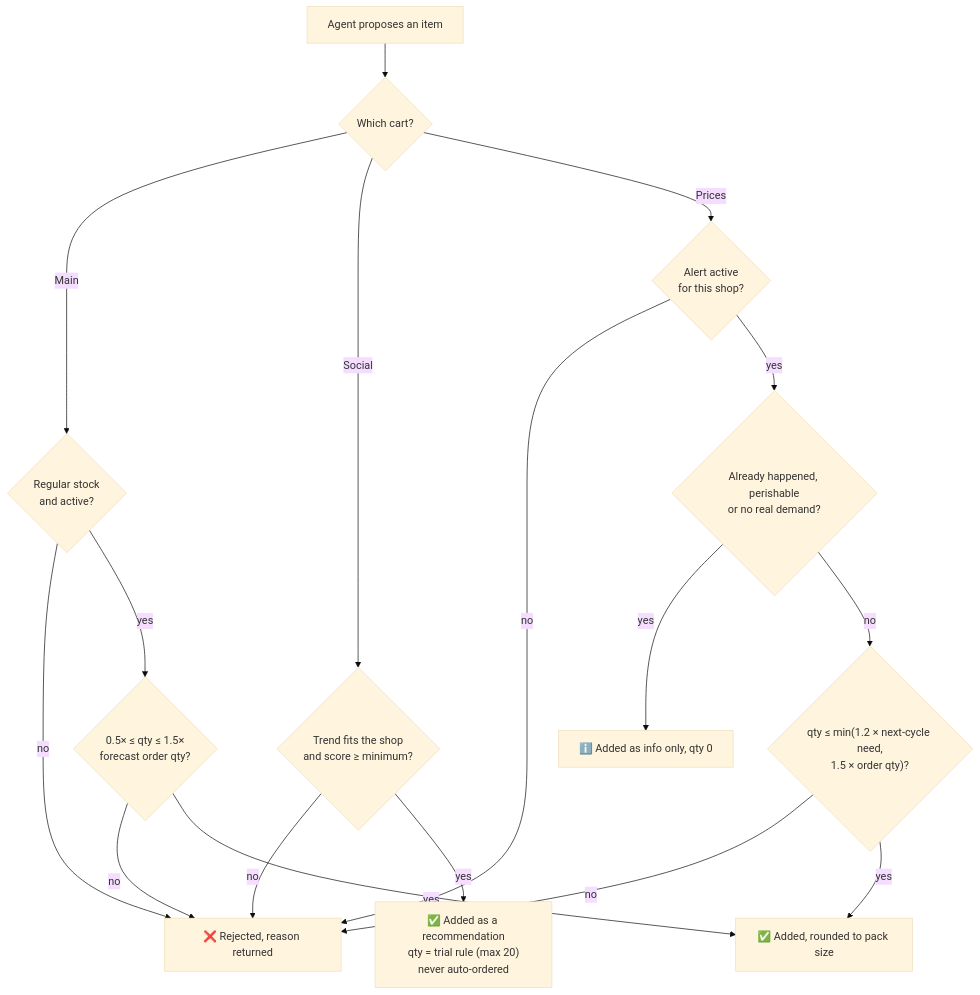
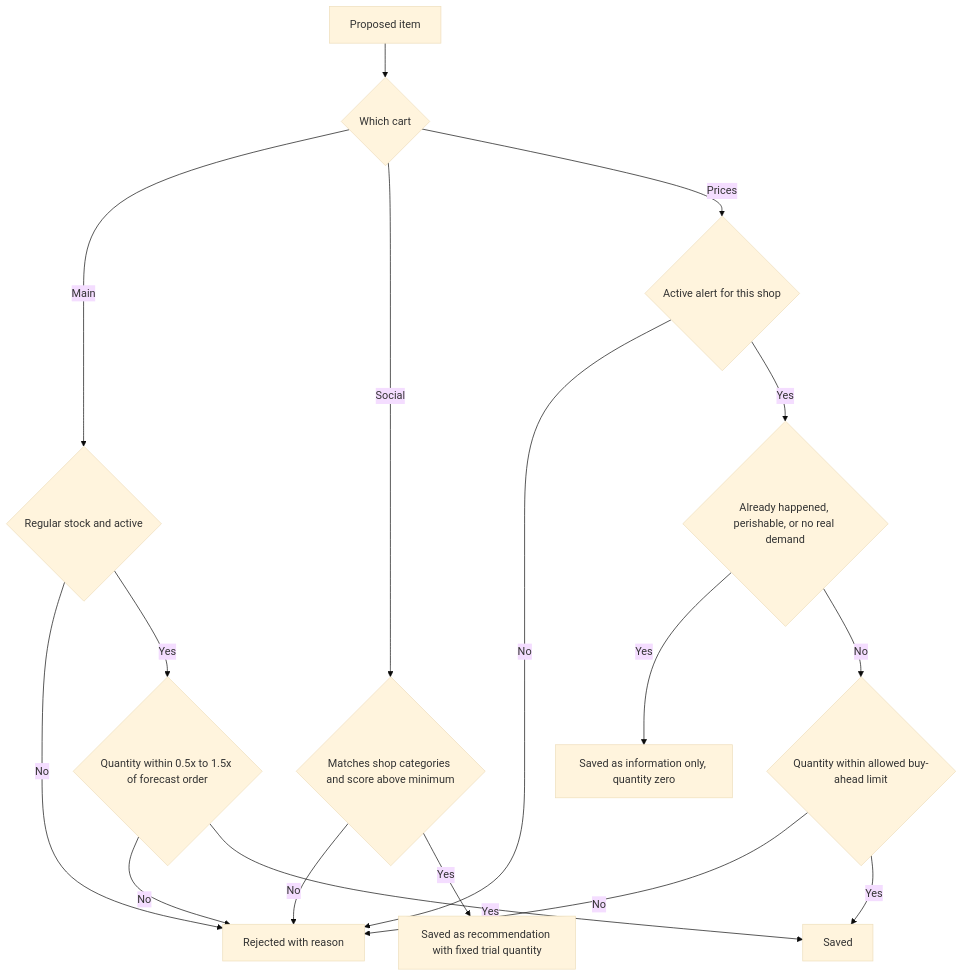
Before and after one commit to manasx0705/Paypal_Hackathon-project: the third of 7 diagrams in README.md, drawn with Mermaid (base theme). The commit also changed other lines of this file and 3 other files, not shown here.

````diff
--- a/README.md
+++ b/README.md
@@ -143,19 +139,19 @@
 ```mermaid
 flowchart TD
-    X["Agent proposes an item"] --> Q{"Which cart?"}
-    Q -->|Main| M1{"Regular stock<br/>and active?"}
-    M1 -->|no| R["❌ Rejected, reason returned"]
-    M1 -->|yes| M2{"0.5× ≤ qty ≤ 1.5×<br/>forecast order qty?"}
-    M2 -->|no| R
-    M2 -->|yes| OK["✅ Added, rounded to pack size"]
-    Q -->|Social| S1{"Trend fits the shop<br/>and score ≥ minimum?"}
-    S1 -->|no| R
-    S1 -->|yes| S2["✅ Added as a recommendation<br/>qty = trial rule (max 20)<br/>never auto-ordered"]
-    Q -->|Prices| P1{"Alert active<br/>for this shop?"}
-    P1 -->|no| R
-    P1 -->|yes| P2{"Already happened, perishable<br/>or no real demand?"}
-    P2 -->|yes| INFO["ℹ️ Added as info only, qty 0"]
-    P2 -->|no| P3{"qty ≤ min(1.2 × next-cycle need,<br/>1.5 × order qty)?"}
-    P3 -->|no| R
-    P3 -->|yes| OK
+    P[Proposed item] --> Q{Which cart}
+    Q -->|Main| M1{Regular stock and active}
+    M1 -->|No| R[Rejected with reason]
+    M1 -->|Yes| M2{Quantity within 0.5x to 1.5x of forecast order}
+    M2 -->|No| R
+    M2 -->|Yes| OK[Saved]
+    Q -->|Social| S1{Matches shop categories and score above minimum}
+    S1 -->|No| R
+    S1 -->|Yes| S2[Saved as recommendation with fixed trial quantity]
+    Q -->|Prices| P1{Active alert for this shop}
+    P1 -->|No| R
+    P1 -->|Yes| P2{Already happened, perishable, or no real demand}
+    P2 -->|Yes| INFO[Saved as information only, quantity zero]
+    P2 -->|No| P3{Quantity within allowed buy-ahead limit}
+    P3 -->|No| R
+    P3 -->|Yes| OK
 ```
````
